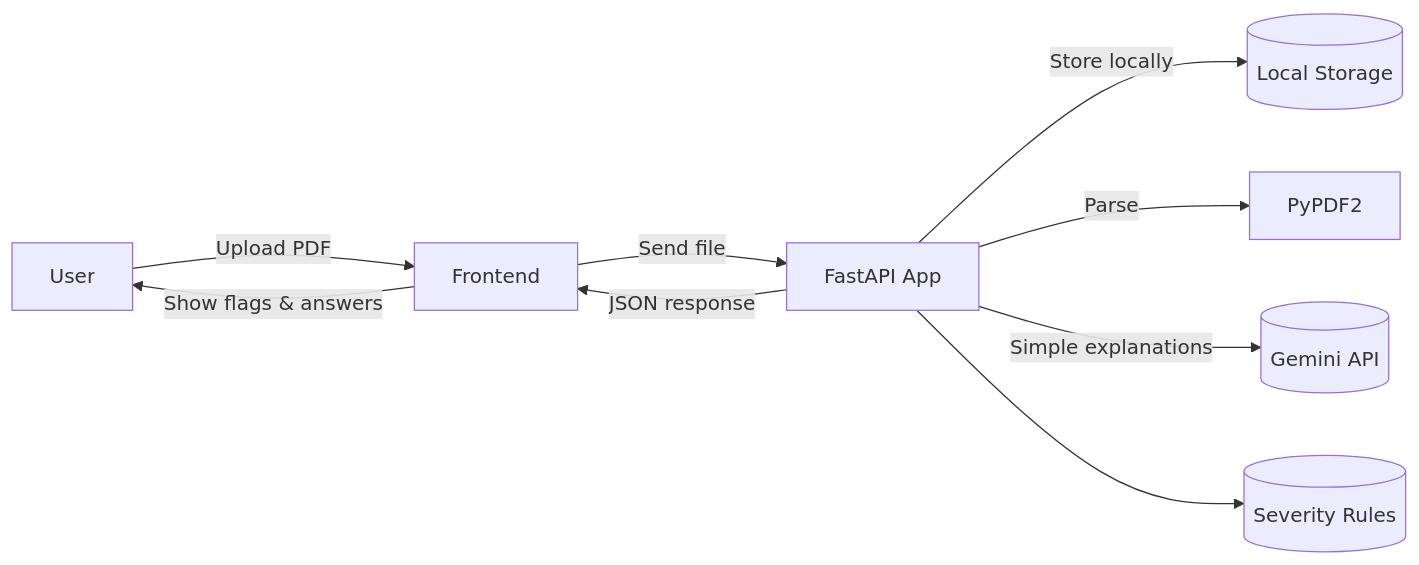
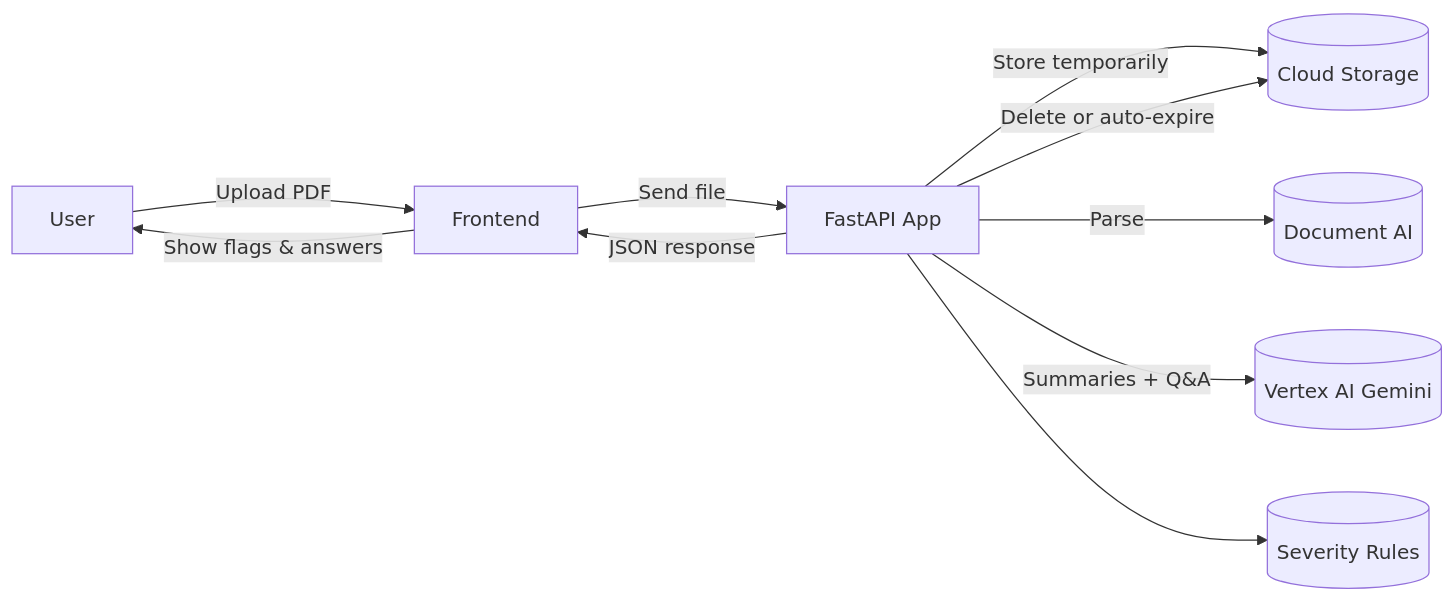
Before and after one commit to Yashaswini0110/PDD: the diagram in README.md, drawn with Mermaid. The commit also changed other lines of this file and 23 other files, not shown here.

Commit message:
chore: stabilize backend, fix Cloud Run compatibility, clean repo

````diff
--- a/README.md
+++ b/README.md
@@ -26,11 +25,12 @@
 ```mermaid
 flowchart LR
     User -->|Upload PDF| Frontend
     Frontend -->|Send file| Backend[FastAPI App]
-    Backend -->|Store locally| Storage[(Local Storage)]
-    Backend -->|Parse| PyPDF2[PyPDF2]
-    Backend -->|Simple explanations| Gemini[(Gemini API)]
+    Backend -->|Store temporarily| GCS[(Cloud Storage)]
+    Backend -->|Parse| DocAI[(Document AI)]
+    Backend -->|Summaries + Q&A| Gemini[(Vertex AI Gemini)]
     Backend --> SeverityEngine[(Severity Rules)]
     Backend -->|JSON response| Frontend
     Frontend -->|Show flags & answers| User
+    Backend -->|Delete or auto-expire| GCS
 ```
````
